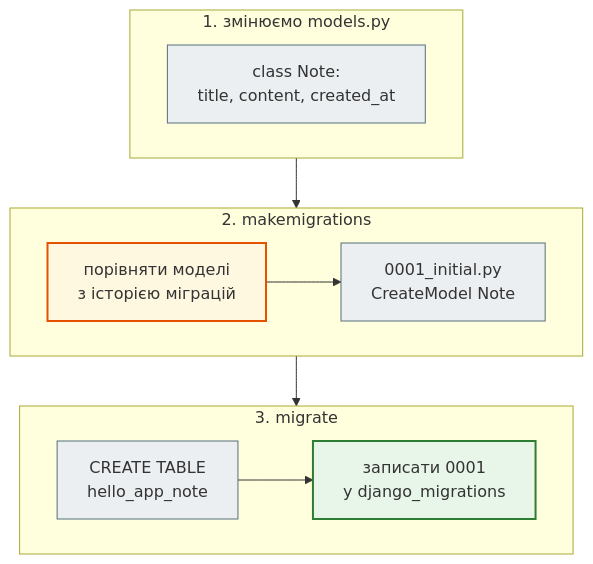
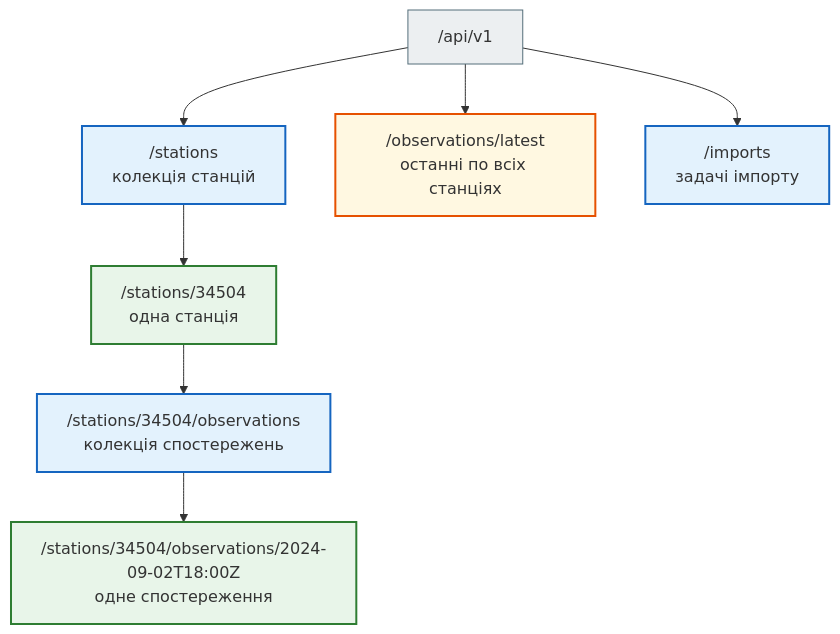
One commit to AlinaRadchenko/PY-Course-Victor-Nikoriak-22-09-2026 changed the third of 7 diagrams in docs/modules/m4/lesson_33.md. Above: the diagram before and after it, drawn with Mermaid. The commit also changed other lines of this file and 1846 other files, not shown here.

````diff
--- a/docs/modules/m4/lesson_33.md
+++ b/docs/modules/m4/lesson_33.md
@@ -307,27 +414,20 @@
 ```mermaid
-flowchart TD
+graph TD
     classDef step     fill:#eceff1,stroke:#546e7a,stroke-width:1px;
     classDef decision fill:#e3f2fd,stroke:#1565c0,stroke-width:2px;
     classDef success  fill:#e8f5e9,stroke:#2e7d32,stroke-width:2px;
     classDef error    fill:#ffebee,stroke:#c62828,stroke-width:3px;
     classDef warning  fill:#fff8e1,stroke:#e65100,stroke-width:2px;
 
-    subgraph S1["1. змінюємо models.py"]
-        direction LR
-        A1["class Note:<br>title, content, created_at"]
-    end
-    subgraph S2["2. makemigrations"]
-        direction LR
-        A2["порівняти моделі<br>з історією міграцій"] --> B2["0001_initial.py<br>CreateModel Note"]
-    end
-    subgraph S3["3. migrate"]
-        direction LR
-        A3["CREATE TABLE<br>hello_app_note"] --> B3["записати 0001<br>у django_migrations"]
-    end
-    S1 --> S2 --> S3
+    ROOT["/api/v1"] --> ST["/stations<br>колекція станцій"]
+    ST --> S1["/stations/34504<br>одна станція"]
+    S1 --> OB["/stations/34504/observations<br>колекція спостережень"]
+    OB --> O1["/stations/34504/observations/2024-09-02T18:00Z<br>одне спостереження"]
+    ROOT --> LA["/observations/latest<br>останні по всіх станціях"]
+    ROOT --> IM["/imports<br>задачі імпорту"]
 
-    class A1 step
-    class A2 warning
-    class B2,A3 step
-    class B3 success
+    class ROOT step
+    class ST,OB,IM decision
+    class S1,O1 success
+    class LA warning
 ```
````
